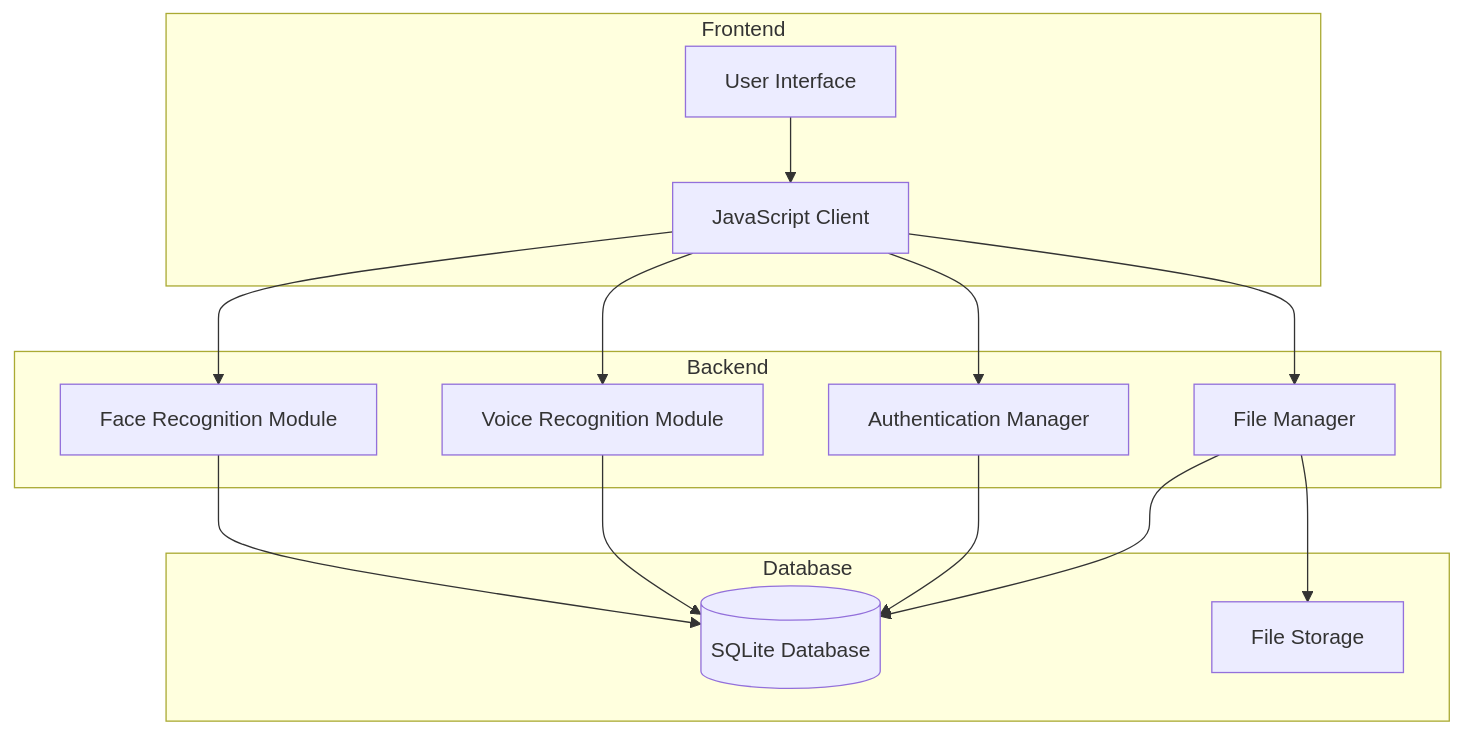
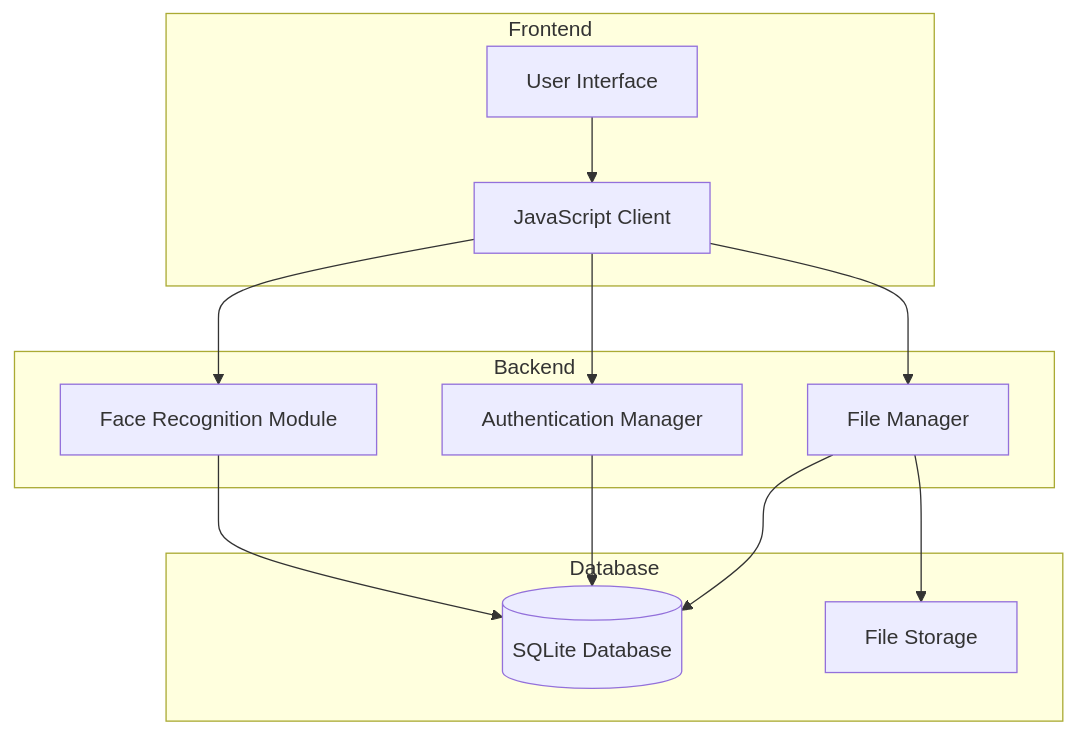
One commit to webka01/biometrics changed the first of 2 diagrams in README.md. Above: the diagram before and after it, drawn with Mermaid. The commit also changed other lines of this file, not shown here.

````diff
--- a/README.md
+++ b/README.md
@@ -54,31 +50,28 @@
 ```mermaid
 graph TB
     subgraph Frontend
         UI[User Interface]
         JS[JavaScript Client]
     end
 
     subgraph Backend
         FR[Face Recognition Module]
-        VR[Voice Recognition Module]
         AM[Authentication Manager]
         FM[File Manager]
     end
 
     subgraph Database
         DB[(SQLite Database)]
         FS[File Storage]
     end
 
     UI --> JS
     JS --> FR
-    JS --> VR
     JS --> AM
     JS --> FM
     
     FR --> DB
-    VR --> DB
     AM --> DB
     FM --> DB
     FM --> FS
 ```
````
